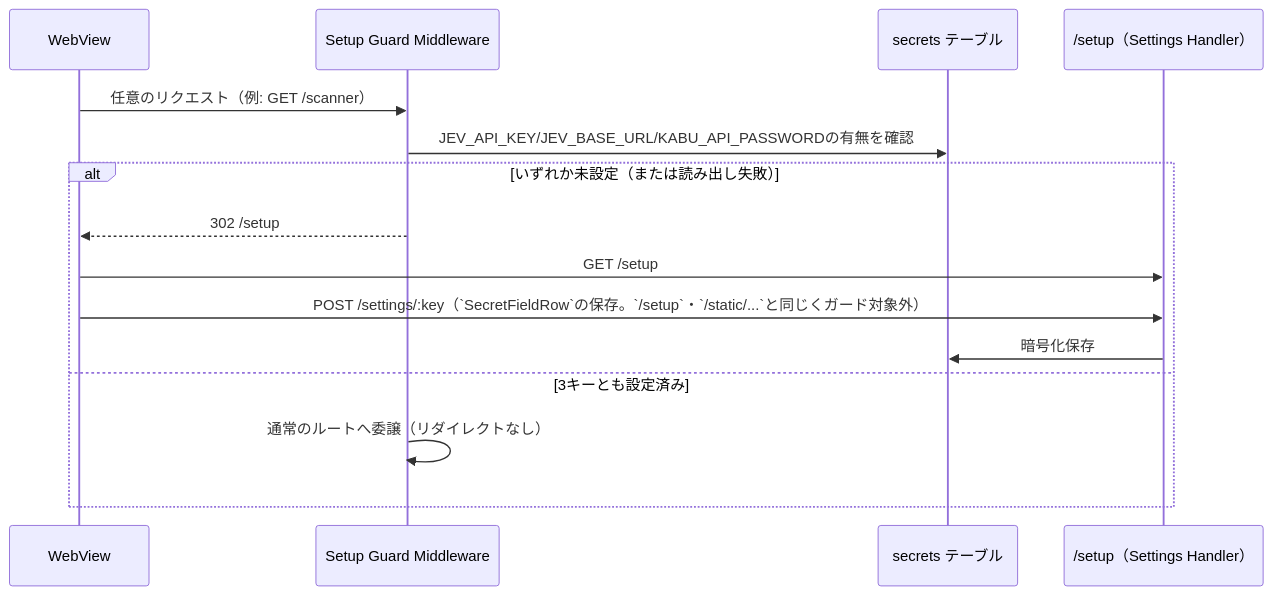
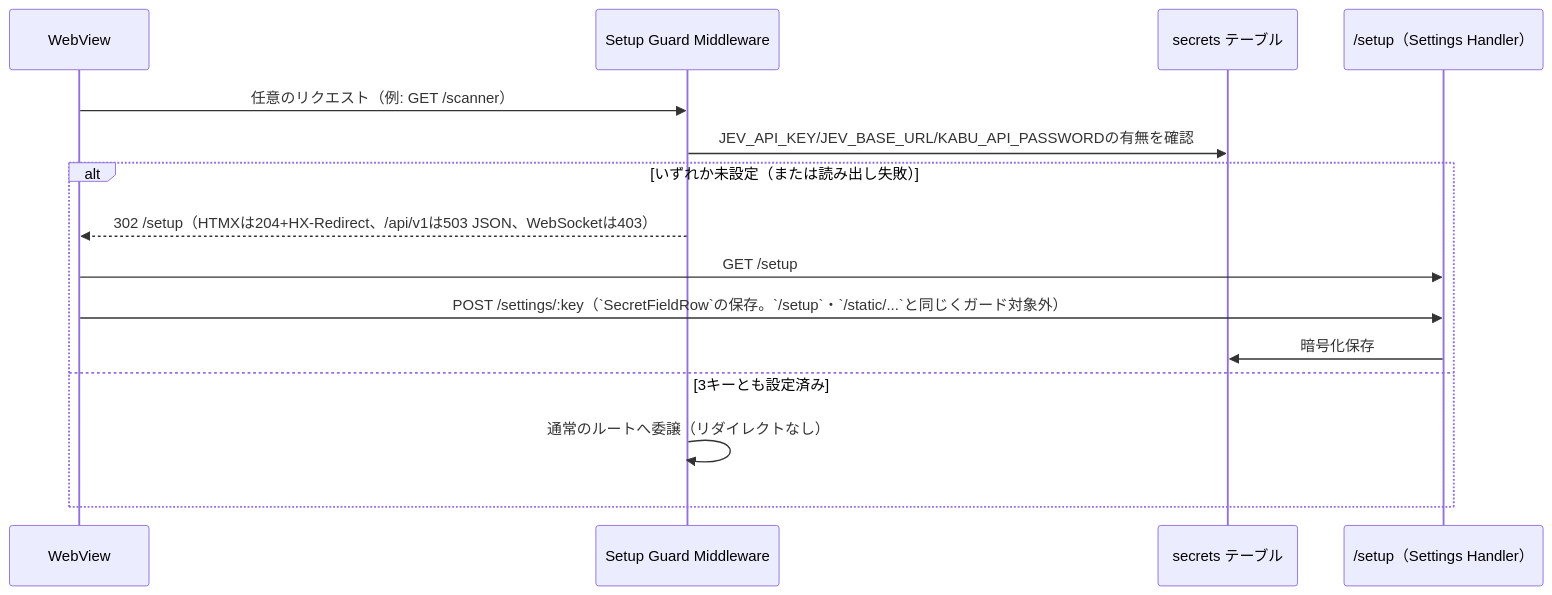
The fourth of 4 diagrams in docs/architecture/overview/flows.md (ousiassllc/pitha-trador), drawn with Mermaid before and after one commit. The commit also changed 24 other files, not shown here.

````diff
--- a/docs/architecture/overview/flows.md
+++ b/docs/architecture/overview/flows.md
@@ -92,18 +92,18 @@
 ```mermaid
 sequenceDiagram
     participant UI as WebView
     participant SG as Setup Guard Middleware
     participant DB as secrets テーブル
     participant SET as /setup（Settings Handler）
 
     UI->>SG: 任意のリクエスト（例: GET /scanner）
     SG->>DB: JEV_API_KEY/JEV_BASE_URL/KABU_API_PASSWORDの有無を確認
     alt いずれか未設定（または読み出し失敗）
-        SG-->>UI: 302 /setup
+        SG-->>UI: 302 /setup（HTMXは204+HX-Redirect、/api/v1は503 JSON、WebSocketは403）
         UI->>SET: GET /setup
         UI->>SET: POST /settings/:key（`SecretFieldRow`の保存。`/setup`・`/static/...`と同じくガード対象外）
         SET->>DB: 暗号化保存
     else 3キーとも設定済み
         SG->>SG: 通常のルートへ委譲（リダイレクトなし）
     end
 ```
````
